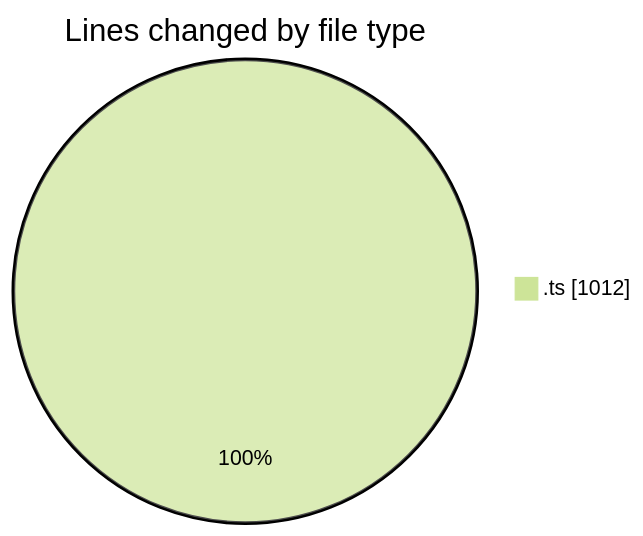
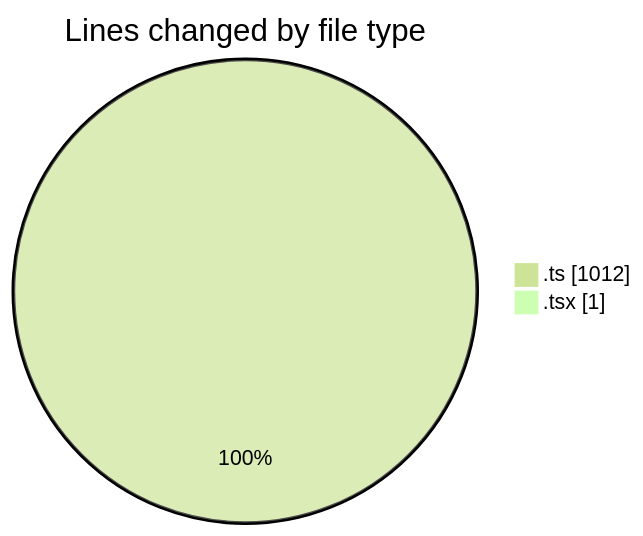
The first of 2 diagrams in 2026-05-04/nxtqube_webapp/README.md (nxtqubesakshisongat/code-tracking), drawn with Mermaid (forest theme) before and after one commit. The commit also changed other lines of this file and 1 other file, not shown here.

````diff
--- a/2026-05-04/nxtqube_webapp/README.md
+++ b/2026-05-04/nxtqube_webapp/README.md
@@ -21,5 +22,6 @@
 ```mermaid
 pie showData
 title Lines changed by file type
 ".ts" : 1012
+".tsx" : 1
 ```
````
